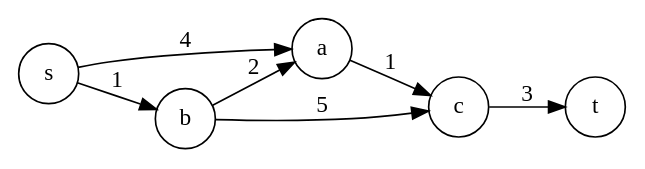
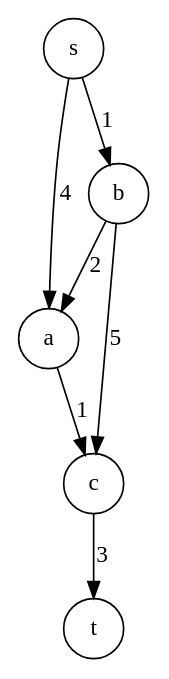
One commit to rodrgds/resumos changed the diagram in src/content/da/caminhos.dot. Above: the diagram before and after it, drawn with Graphviz. The commit also changed 3 other files, not shown here.

Commit message:
Keep DA graph labels readable on narrow pages

```diff
--- a/src/content/da/caminhos.dot
+++ b/src/content/da/caminhos.dot
@@ -1,1 +1,1 @@
-digraph G { rankdir=LR; node [shape=circle]; s->a [label="4"]; s->b [label="1"]; b->a [label="2"]; b->c [label="5"]; a->c [label="1"]; c->t [label="3"]; }
+digraph G { rankdir=TB; node [shape=circle]; s->a [label="4"]; s->b [label="1"]; b->a [label="2"]; b->c [label="5"]; a->c [label="1"]; c->t [label="3"]; }
```
